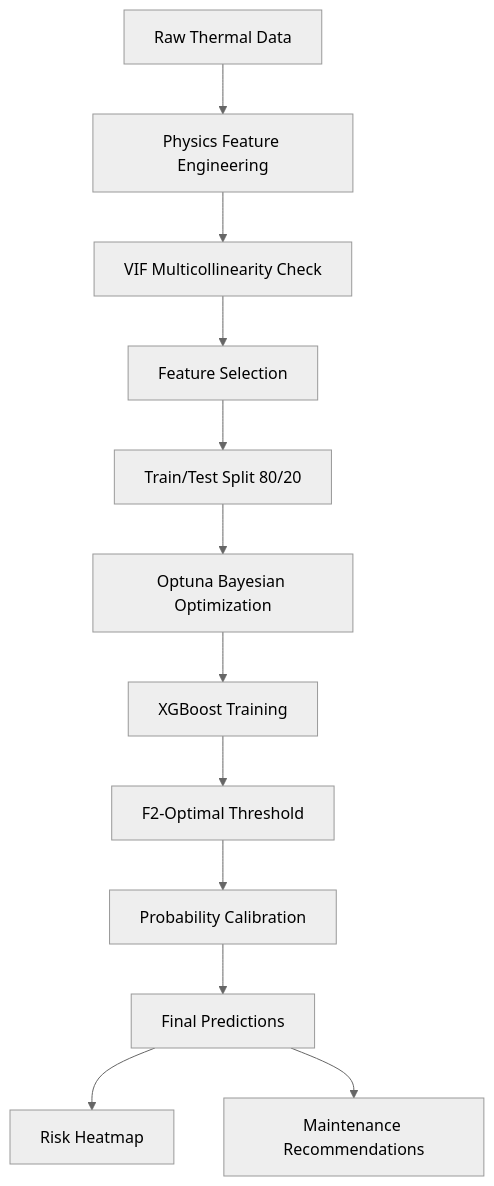
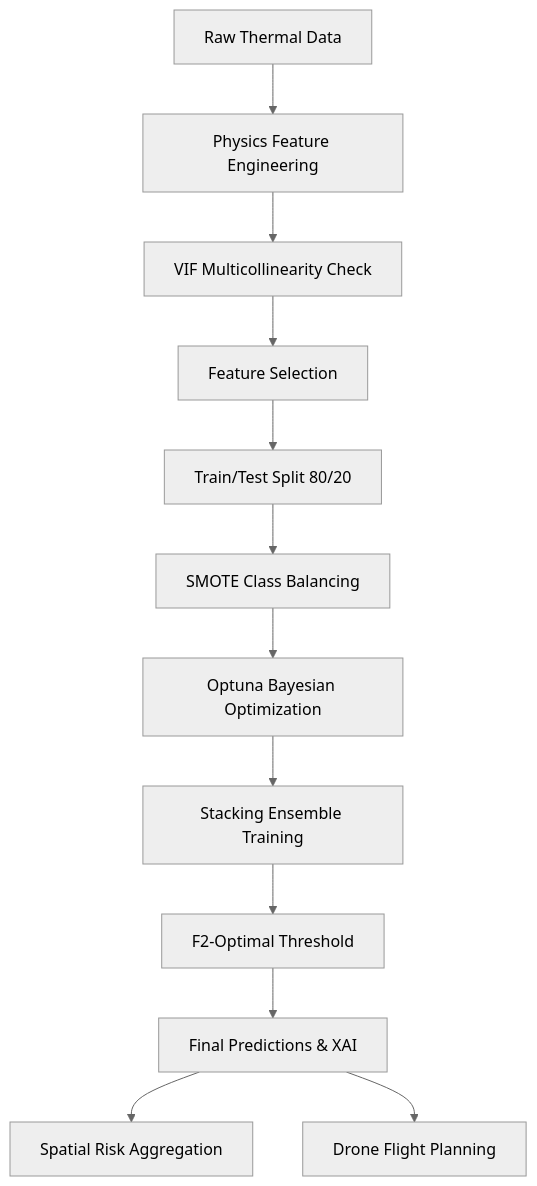
Before and after one commit to AvirupRoy2195/Capstone_-Thermal-PowerLine-Hotspot: the diagram in ARCHITECTURE.md, drawn with Mermaid (neutral theme). The commit also changed other lines of this file and 2 other files, not shown here.

````diff
--- a/ARCHITECTURE.md
+++ b/ARCHITECTURE.md
@@ -5,14 +5,14 @@
 ```mermaid
 flowchart TD
     A[Raw Thermal Data] --> B[Physics Feature Engineering]
     B --> C[VIF Multicollinearity Check]
     C --> D[Feature Selection]
     D --> E[Train/Test Split 80/20]
-    E --> F[Optuna Bayesian Optimization]
-    F --> G[XGBoost Training]
-    G --> H[F2-Optimal Threshold]
-    H --> I[Probability Calibration]
-    I --> J[Final Predictions]
-    J --> K[Risk Heatmap]
-    J --> L[Maintenance Recommendations]
+    E --> F[SMOTE Class Balancing]
+    F --> G[Optuna Bayesian Optimization]
+    G --> H[Stacking Ensemble Training]
+    H --> I[F2-Optimal Threshold]
+    I --> J[Final Predictions & XAI]
+    J --> K[Spatial Risk Aggregation]
+    J --> L[Drone Flight Planning]
 ```
````
